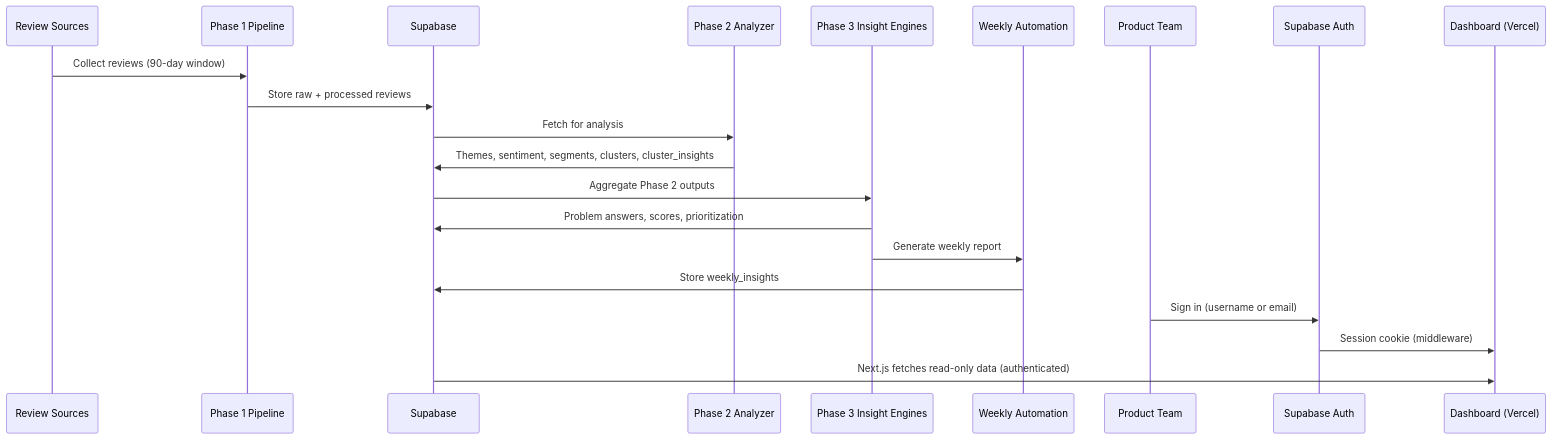
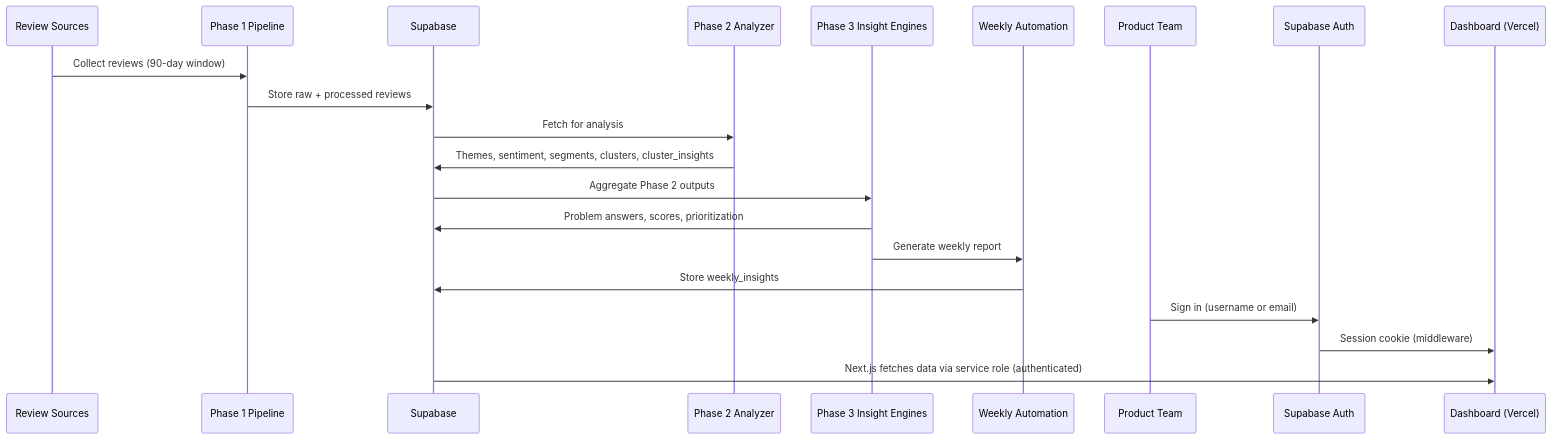
Before and after one commit to subramanyacharan/spotify-analyzer-: the second of 2 diagrams in DOCS/architecture.md, drawn with Mermaid. The commit also changed other lines of this file and 17 other files, not shown here.

````diff
--- a/DOCS/architecture.md
+++ b/DOCS/architecture.md
@@ -166,24 +169,24 @@
 ```mermaid
 sequenceDiagram
     participant Sources as Review Sources
     participant P1 as Phase 1 Pipeline
     participant SB as Supabase
     participant P2 as Phase 2 Analyzer
     participant P3 as Phase 3 Insight Engines
     participant P5 as Weekly Automation
     participant User as Product Team
     participant Auth as Supabase Auth
     participant P4 as Dashboard (Vercel)
 
     Sources->>P1: Collect reviews (90-day window)
     P1->>SB: Store raw + processed reviews
     SB->>P2: Fetch for analysis
     P2->>SB: Themes, sentiment, segments, clusters, cluster_insights
     SB->>P3: Aggregate Phase 2 outputs
     P3->>SB: Problem answers, scores, prioritization
     P3->>P5: Generate weekly report
     P5->>SB: Store weekly_insights
     User->>Auth: Sign in (username or email)
     Auth->>P4: Session cookie (middleware)
-    SB->>P4: Next.js fetches read-only data (authenticated)
+    SB->>P4: Next.js fetches data via service role (authenticated)
 ```
````
